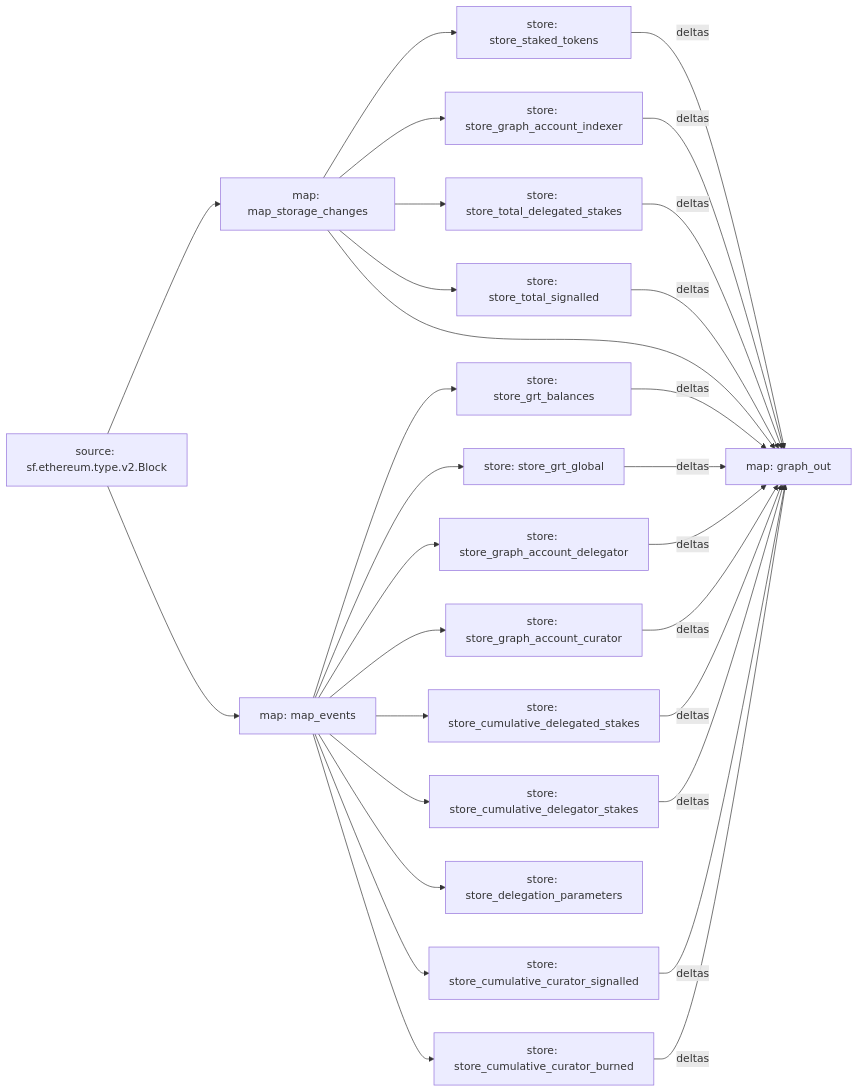
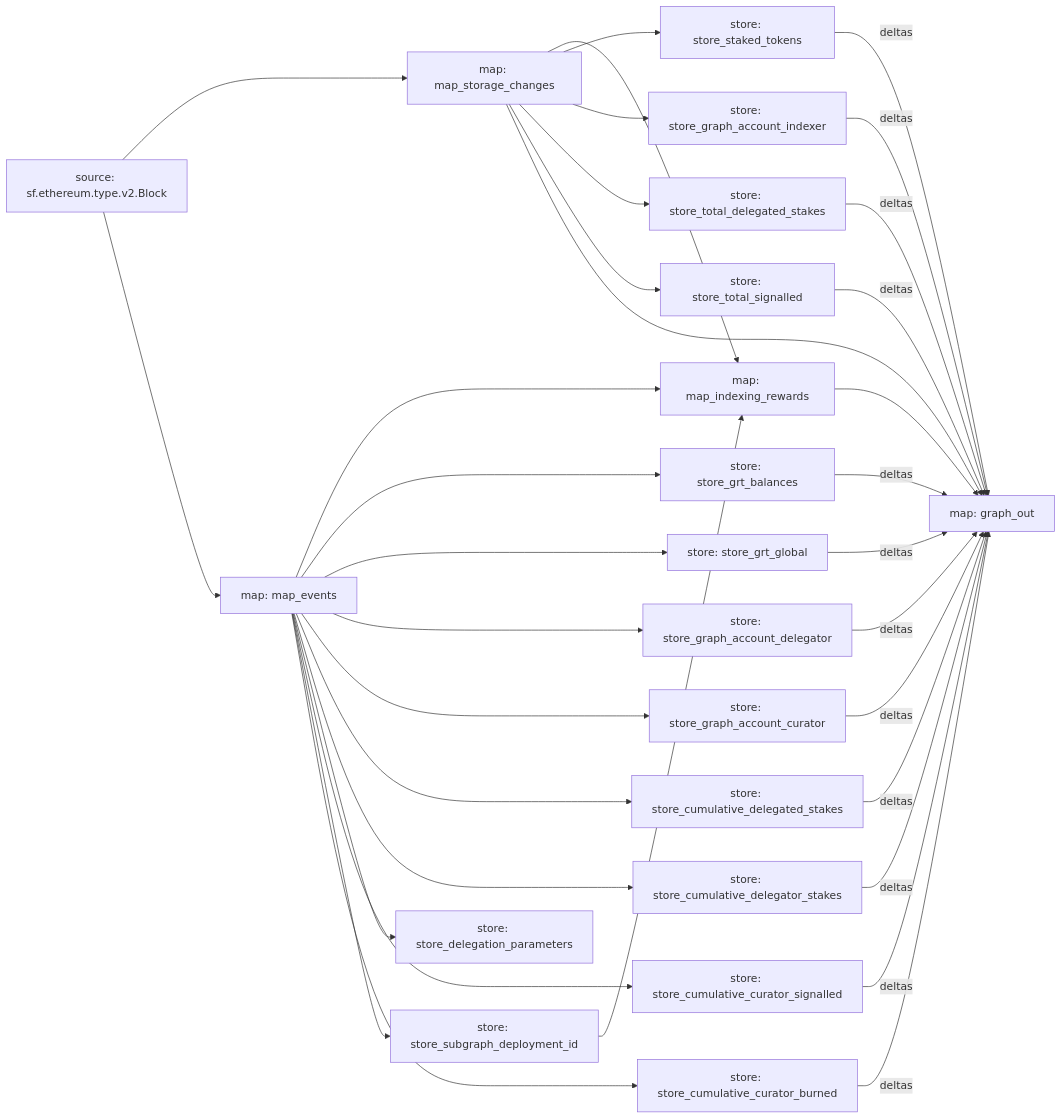
One commit to graphops/graph-network-substreams changed the diagram in README.md. Above: the diagram before and after it, drawn with Mermaid.

Commit message:
docs: substreams graph updated

````diff
--- a/README.md
+++ b/README.md
@@ -24,47 +24,54 @@
 ```mermaid
 graph LR;
-  map_storage_changes[map: map_storage_changes]
-  sf.ethereum.type.v2.Block[source: sf.ethereum.type.v2.Block] --> map_storage_changes
-  map_events[map: map_events]
-  sf.ethereum.type.v2.Block[source: sf.ethereum.type.v2.Block] --> map_events
-  store_grt_balances[store: store_grt_balances]
-  map_events --> store_grt_balances
-  store_grt_global[store: store_grt_global]
-  map_events --> store_grt_global
-  store_staked_tokens[store: store_staked_tokens]
-  map_storage_changes --> store_staked_tokens
-  store_graph_account_indexer[store: store_graph_account_indexer]
-  map_storage_changes --> store_graph_account_indexer
-  store_graph_account_delegator[store: store_graph_account_delegator]
-  map_events --> store_graph_account_delegator
-  store_graph_account_curator[store: store_graph_account_curator]
-  map_events --> store_graph_account_curator
-  store_cumulative_delegated_stakes[store: store_cumulative_delegated_stakes]
-  map_events --> store_cumulative_delegated_stakes
-  store_cumulative_delegator_stakes[store: store_cumulative_delegator_stakes]
-  map_events --> store_cumulative_delegator_stakes
-  store_total_delegated_stakes[store: store_total_delegated_stakes]
-  map_storage_changes --> store_total_delegated_stakes
-  store_delegation_parameters[store: store_delegation_parameters]
-  map_events --> store_delegation_parameters
-  store_total_signalled[store: store_total_signalled]
-  map_storage_changes --> store_total_signalled
-  store_cumulative_curator_signalled[store: store_cumulative_curator_signalled]
-  map_events --> store_cumulative_curator_signalled
-  store_cumulative_curator_burned[store: store_cumulative_curator_burned]
-  map_events --> store_cumulative_curator_burned
-  graph_out[map: graph_out]
-  store_grt_global -- deltas --> graph_out
-  store_grt_balances -- deltas --> graph_out
-  store_graph_account_indexer -- deltas --> graph_out
-  store_graph_account_delegator -- deltas --> graph_out
-  store_graph_account_curator -- deltas --> graph_out
-  map_storage_changes --> graph_out
-  store_staked_tokens -- deltas --> graph_out
-  store_cumulative_delegated_stakes -- deltas --> graph_out
-  store_cumulative_delegator_stakes -- deltas --> graph_out
-  store_total_delegated_stakes -- deltas --> graph_out
-  store_cumulative_curator_signalled -- deltas --> graph_out
-  store_cumulative_curator_burned -- deltas --> graph_out
-  store_total_signalled -- deltas --> graph_out
+  map_storage_changes[map: map_storage_changes];
+  sf.ethereum.type.v2.Block[source: sf.ethereum.type.v2.Block] --> map_storage_changes;
+  map_events[map: map_events];
+  sf.ethereum.type.v2.Block[source: sf.ethereum.type.v2.Block] --> map_events;
+  map_indexing_rewards[map: map_indexing_rewards];
+  map_storage_changes --> map_indexing_rewards;
+  map_events --> map_indexing_rewards;
+  store_subgraph_deployment_id --> map_indexing_rewards;
+  store_grt_balances[store: store_grt_balances];
+  map_events --> store_grt_balances;
+  store_grt_global[store: store_grt_global];
+  map_events --> store_grt_global;
+  store_staked_tokens[store: store_staked_tokens];
+  map_storage_changes --> store_staked_tokens;
+  store_graph_account_indexer[store: store_graph_account_indexer];
+  map_storage_changes --> store_graph_account_indexer;
+  store_graph_account_delegator[store: store_graph_account_delegator];
+  map_events --> store_graph_account_delegator;
+  store_graph_account_curator[store: store_graph_account_curator];
+  map_events --> store_graph_account_curator;
+  store_cumulative_delegated_stakes[store: store_cumulative_delegated_stakes];
+  map_events --> store_cumulative_delegated_stakes;
+  store_cumulative_delegator_stakes[store: store_cumulative_delegator_stakes];
+  map_events --> store_cumulative_delegator_stakes;
+  store_total_delegated_stakes[store: store_total_delegated_stakes];
+  map_storage_changes --> store_total_delegated_stakes;
+  store_delegation_parameters[store: store_delegation_parameters];
+  map_events --> store_delegation_parameters;
+  store_total_signalled[store: store_total_signalled];
+  map_storage_changes --> store_total_signalled;
+  store_cumulative_curator_signalled[store: store_cumulative_curator_signalled];
+  map_events --> store_cumulative_curator_signalled;
+  store_subgraph_deployment_id[store: store_subgraph_deployment_id];
+  map_events --> store_subgraph_deployment_id;
+  store_cumulative_curator_burned[store: store_cumulative_curator_burned];
+  map_events --> store_cumulative_curator_burned;
+  graph_out[map: graph_out];
+  store_grt_global -- deltas --> graph_out;
+  store_grt_balances -- deltas --> graph_out;
+  store_graph_account_indexer -- deltas --> graph_out;
+  store_graph_account_delegator -- deltas --> graph_out;
+  store_graph_account_curator -- deltas --> graph_out;
+  map_storage_changes --> graph_out;
+  store_staked_tokens -- deltas --> graph_out;
+  store_cumulative_delegated_stakes -- deltas --> graph_out;
+  store_cumulative_delegator_stakes -- deltas --> graph_out;
+  store_total_delegated_stakes -- deltas --> graph_out;
+  store_cumulative_curator_signalled -- deltas --> graph_out;
+  store_cumulative_curator_burned -- deltas --> graph_out;
+  store_total_signalled -- deltas --> graph_out;
+  map_indexing_rewards --> graph_out;
 ```
````
